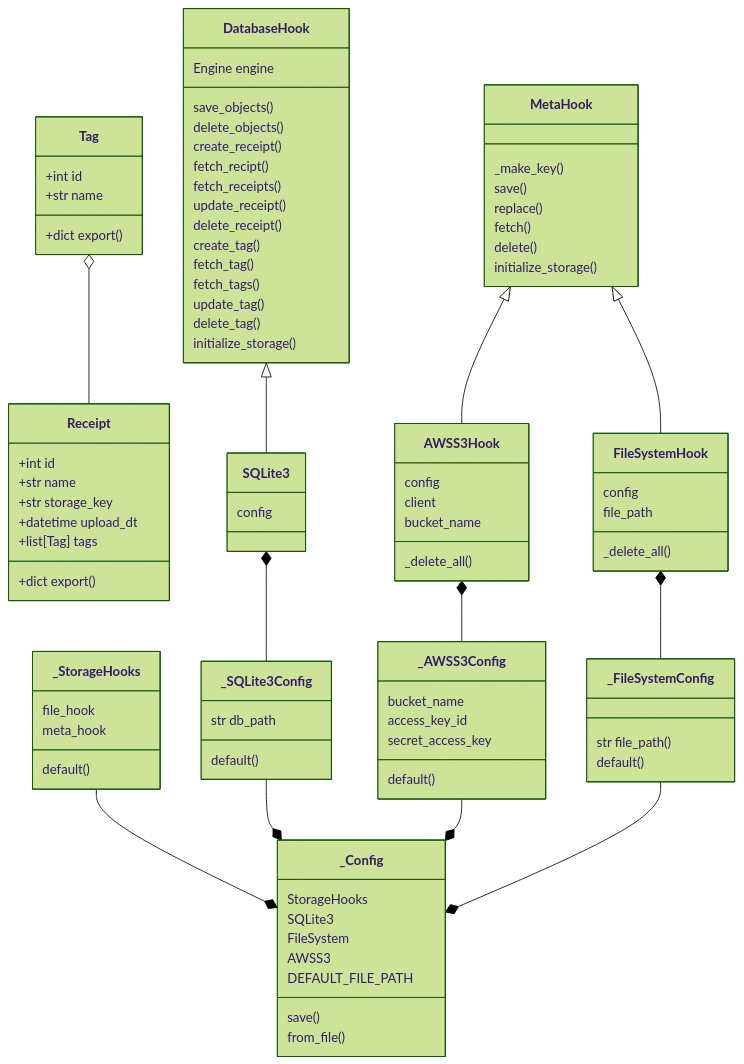
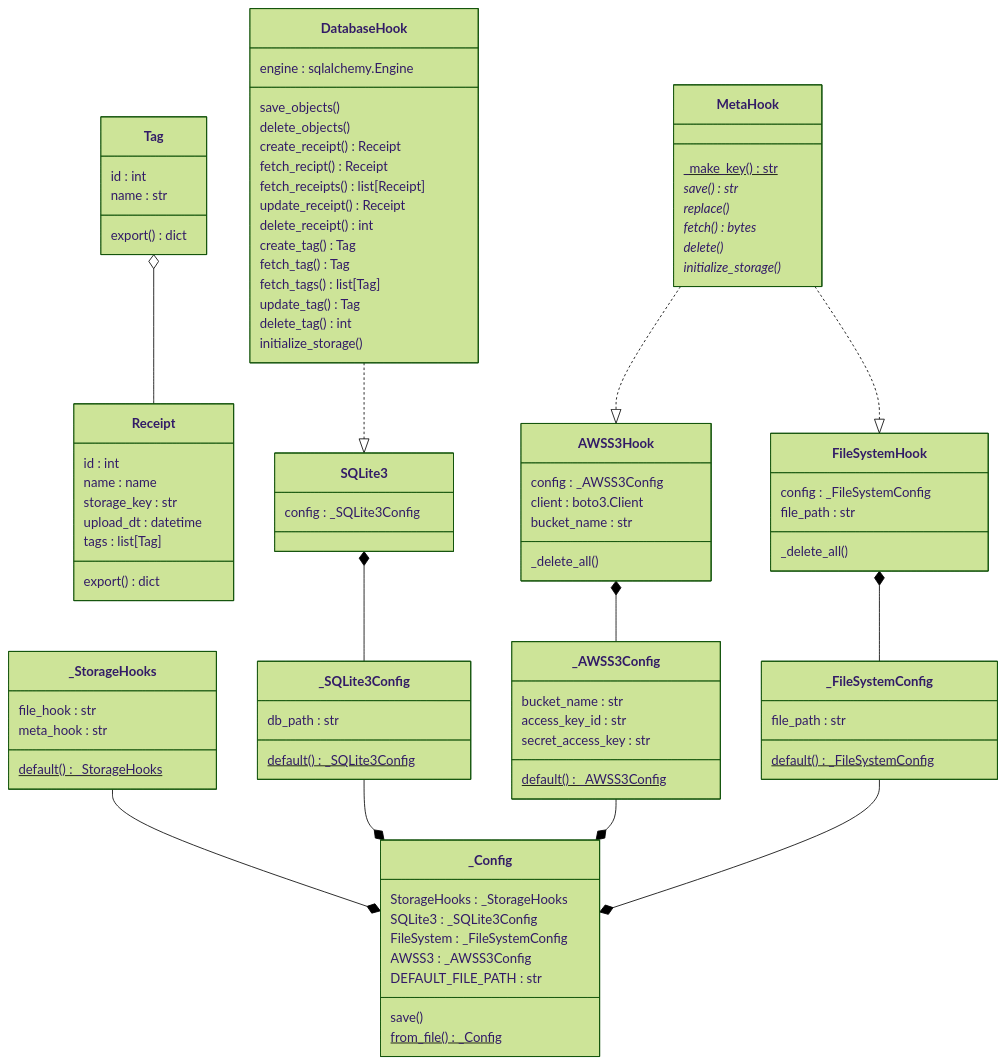
The second of 12 diagrams in server/DIAGRAMS.md (nathanieltooley/cs425-receipt-database), drawn with Mermaid (forest theme) before and after one commit.

Commit message:
Added return types to Class Diagram

````diff
--- a/server/DIAGRAMS.md
+++ b/server/DIAGRAMS.md
@@ -31,95 +31,95 @@
 ```mermaid
 classDiagram
     class Tag{
-      +int id
-      +str name
-      +dict export()
+      id : int
+      name : str
+      export() dict
     }
     class Receipt{
-      +int id
-      +str name
-      +str storage_key
-      +datetime upload_dt
-      +list[Tag] tags
-      +dict export()
+      id : int
+      name : name
+      storage_key : str
+      upload_dt : datetime
+      tags : list[Tag]
+      export() dict
     }
     
     class DatabaseHook {
-        Engine engine
+        engine : sqlalchemy.Engine
         save_objects()
         delete_objects()
-        create_receipt()
-        fetch_recipt()
-        fetch_receipts()
-        update_receipt()
-        delete_receipt()
-        create_tag()
-        fetch_tag()
-        fetch_tags()
-        update_tag()
-        delete_tag()
+        create_receipt() Receipt
+        fetch_recipt() Receipt
+        fetch_receipts() list[Receipt]
+        update_receipt() Receipt
+        delete_receipt() int
+        create_tag() Tag
+        fetch_tag() Tag
+        fetch_tags() list[Tag]
+        update_tag() Tag
+        delete_tag() int
         initialize_storage()
     }
     
     class MetaHook {
-        _make_key()
-        save()
-        replace()
-        fetch()
-        delete()
-        initialize_storage()
+        _make_key() str$
+        save() str*
+        replace()*
+        fetch() bytes*
+        delete()*
+        initialize_storage()*
     }
     
     class SQLite3 {
-        config
+        config : _SQLite3Config
     }
     class AWSS3Hook {
-        config
-        client
-        bucket_name
+        config : _AWSS3Config
+        client : boto3.Client
+        bucket_name : str
         _delete_all()
     }
     class FileSystemHook {
-        config
-        file_path
+        config : _FileSystemConfig
+        file_path : str
         _delete_all()
     }
     
     class _StorageHooks {
-        file_hook
-        meta_hook
-        default()
+        file_hook : str
+        meta_hook : str
+        default()$ _StorageHooks
     }
     
     class _SQLite3Config {
-        str db_path
-        default()
+        db_path : str
+        default() _SQLite3Config$
     }
     class _FileSystemConfig {
-        str file_path()
-        default()
+        file_path : str
+        default() _FileSystemConfig$
     }
     class _AWSS3Config {
-        bucket_name
-        access_key_id
-        secret_access_key
-        default()
+        bucket_name : str
+        access_key_id : str
+        secret_access_key : str
+        default() _AWSS3Config$
     }
     class _Config {
-        StorageHooks
-        SQLite3
-        FileSystem
-        AWSS3
-        DEFAULT_FILE_PATH
+        StorageHooks : _StorageHooks
+        SQLite3 : _SQLite3Config
+        FileSystem : _FileSystemConfig
+        AWSS3 : _AWSS3Config
+        DEFAULT_FILE_PATH : str
         save()
-        from_file()
+        from_file()  _Config$
     }
 
     Tag o-- Receipt
     
-    DatabaseHook <|-- SQLite3
-    MetaHook <|-- AWSS3Hook
-    MetaHook <|-- FileSystemHook
+    DatabaseHook ..|> SQLite3
+    MetaHook ..|> AWSS3Hook
+    MetaHook ..|> FileSystemHook
     
     SQLite3 *-- _SQLite3Config
     AWSS3Hook *-- _AWSS3Config
````
